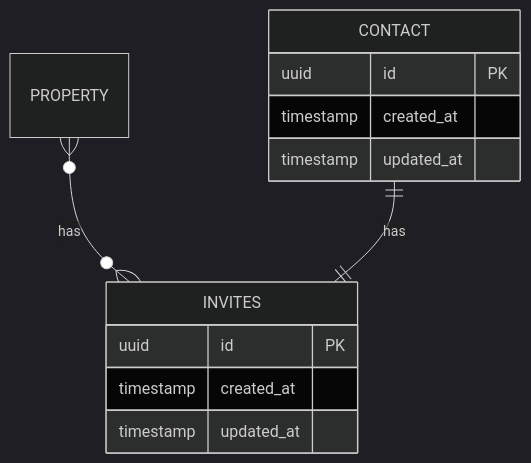
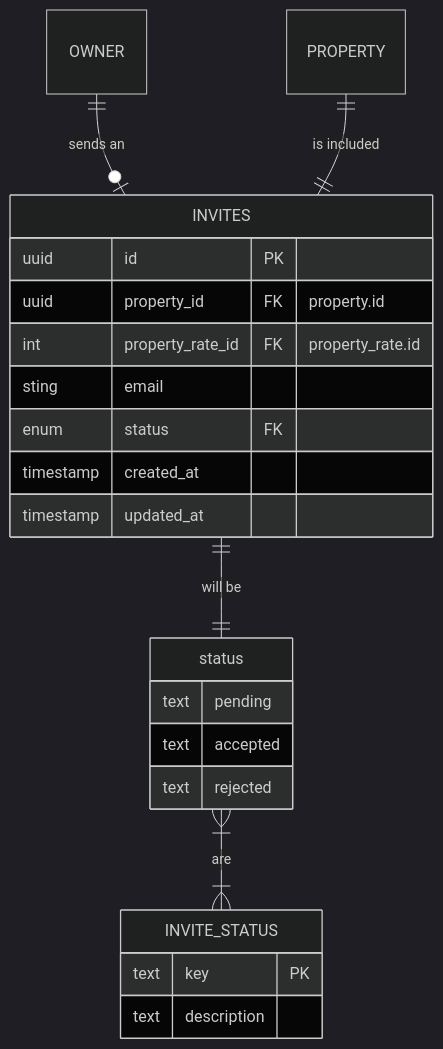
One commit to UpBrewTech/project-leasa changed the third of 3 diagrams in docs/ERD.md. Above: the diagram before and after it, drawn with Mermaid (dark theme). The commit also changed other lines of this file and 1 other file, not shown here.

Commit message:
update docs for tenant invite

````diff
--- a/docs/ERD.md
+++ b/docs/ERD.md
@@ -96,19 +96,30 @@
 ```mermaid
 erDiagram
 
 INVITES {
     uuid id PK
+    uuid property_id FK "property.id"
+    int property_rate_id FK "property_rate.id"
+    sting email
+    enum status FK ""
     timestamp created_at
     timestamp updated_at
 }
 
-CONTACT {
-    uuid id PK
-    timestamp created_at
-    timestamp updated_at
+INVITE_STATUS {
+    text key PK
+    text description
+}
+
+status {
+    text pending
+    text accepted
+    text rejected
 }
 
 
-PROPERTY }o--o{ INVITES : "has"
-CONTACT ||--|| INVITES : "has"
+OWNER ||--o| INVITES: "sends an"
+PROPERTY ||--|| INVITES : "is included"
+INVITES ||--|| status : "will be"
+status }|--|{ INVITE_STATUS : "are"
 ```
````
